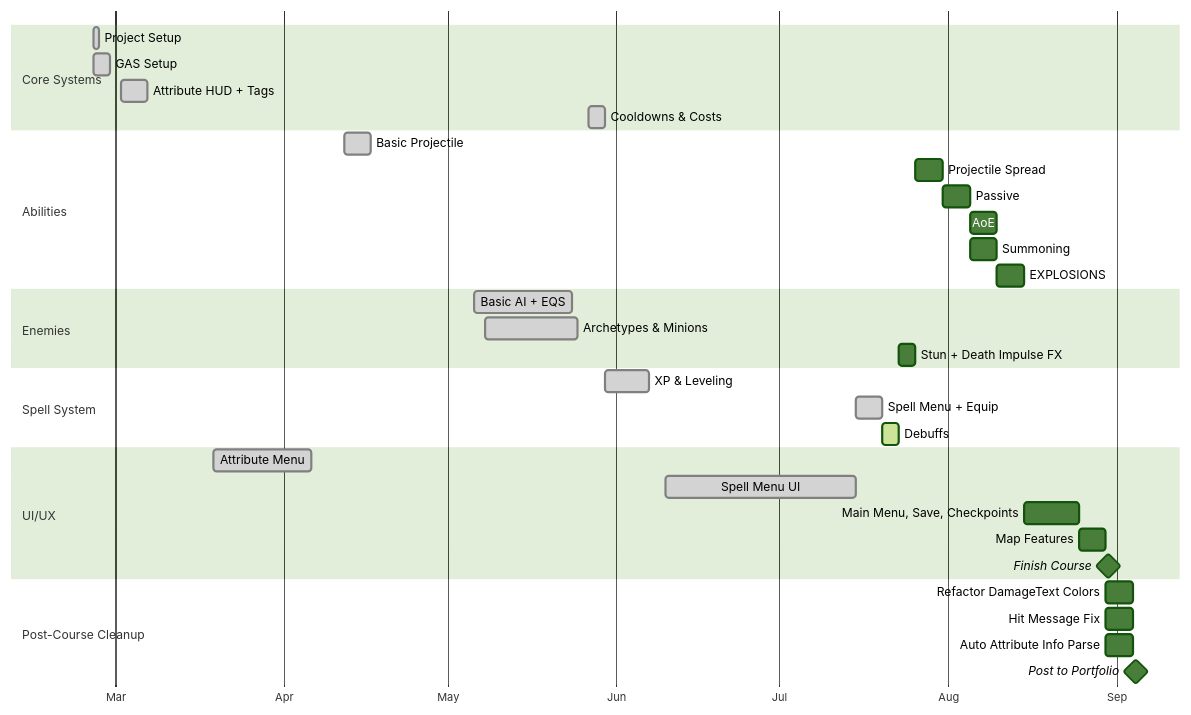
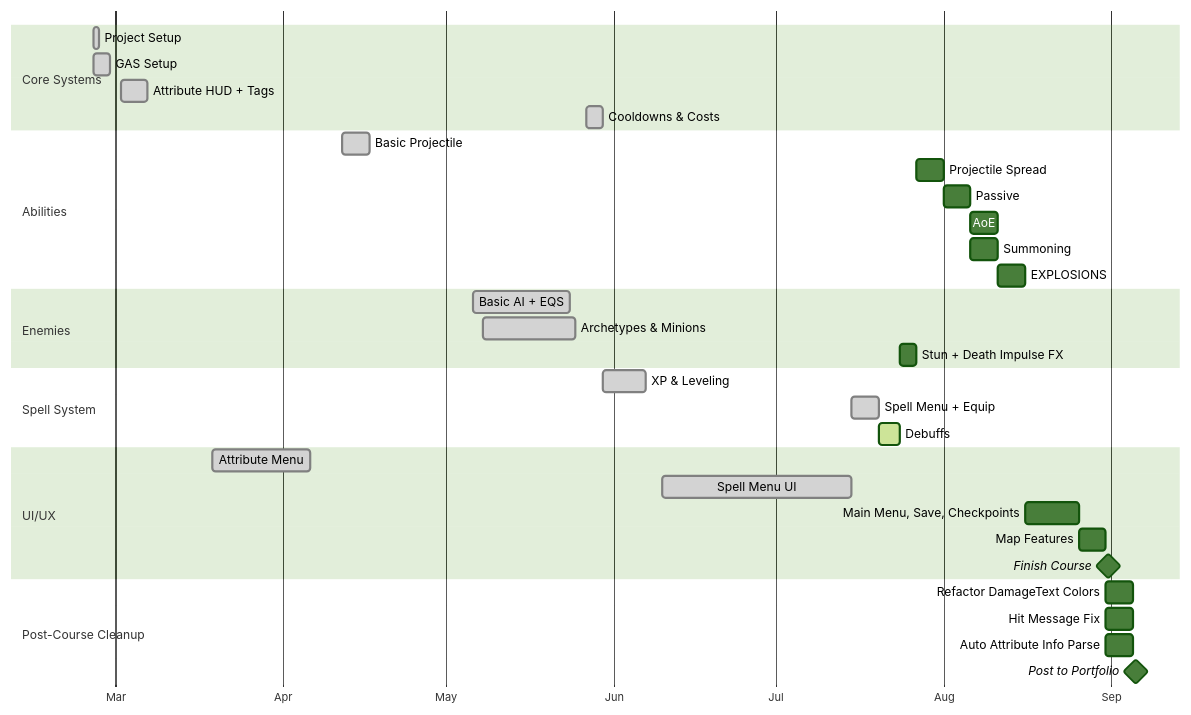
The diagram in content/June 2025/Aura.md (ambrosiacvet/quartz-devblog), drawn with Mermaid (forest theme) before and after one commit. The commit also changed 3 other files, not shown here.

````diff
--- a/content/June 2025/Aura.md
+++ b/content/June 2025/Aura.md
@@ -80,44 +80,44 @@
 ```mermaid
 gantt
     dateFormat  MM-DD-YYYY
     axisFormat  %b
     tickInterval 1month
 
     section Core Systems
 	Project Setup                  :done,     proj,         02-25-2025, 1d
     GAS Setup                      :done,     gas,          02-25-2025, 02-28-2025
     Attribute HUD + Tags           :done,     attributes,   03-02-2025, 03-07-2025
     Cooldowns & Costs              :done,     cooldowns,    05-27-2025, 05-30-2025
 
     section Abilities
     Basic Projectile               :done,     proj,         04-12-2025, 04-17-2025
 	Projectile Spread              :          spread,       after stun, 5d
 	Passive                        :          passives,     after spread, 5d
     AoE                            :          aoe,          after passives, 5d
     Summoning                      :          summon,       after passives, 5d
 	EXPLOSIONS                     :          boom,         after summon, 5d
         
     section Enemies
     Basic AI + EQS                 :done,     ai,           05-06-2025, 05-24-2025
     Archetypes & Minions           :done,     archetypes,   05-08-2025, 05-25-2025
     Stun + Death Impulse FX        :          stun,         after debuffs, 3d
 
     section Spell System
     XP & Leveling                  :done,     spellsys,     05-30-2025, 06-07-2025
     Spell Menu + Equip             :done,     menu,         after spellui, 5d
-    Debuffs                        :active,   debuffs,      after menu, 3d
+    Debuffs                        :active,   debuffs,      after menu, 4d
 
     section UI/UX
     Attribute Menu                 :done,     uimenu,       03-19-2025, 04-06-2025
     Spell Menu UI                  :done,     spellui,      06-10-2025, 07-15-2025
     Main Menu, Save, Checkpoints   :          mainui,       after boom, 10d
     Map Features                   :          map,          after mainui, 5d
     Finish Course                  :milestone,fin,          after map, 1d
 
     section Post-Course Cleanup
     Refactor DamageText Colors     :          refactor1,    after map, 5d
     Hit Message Fix                :          refactor2,    after map, 5d
     Auto Attribute Info Parse      :          refactor3,    after map, 5d
     Post to Portfolio              :milestone,post,         after refactor3, 1d
 
 ```
````
